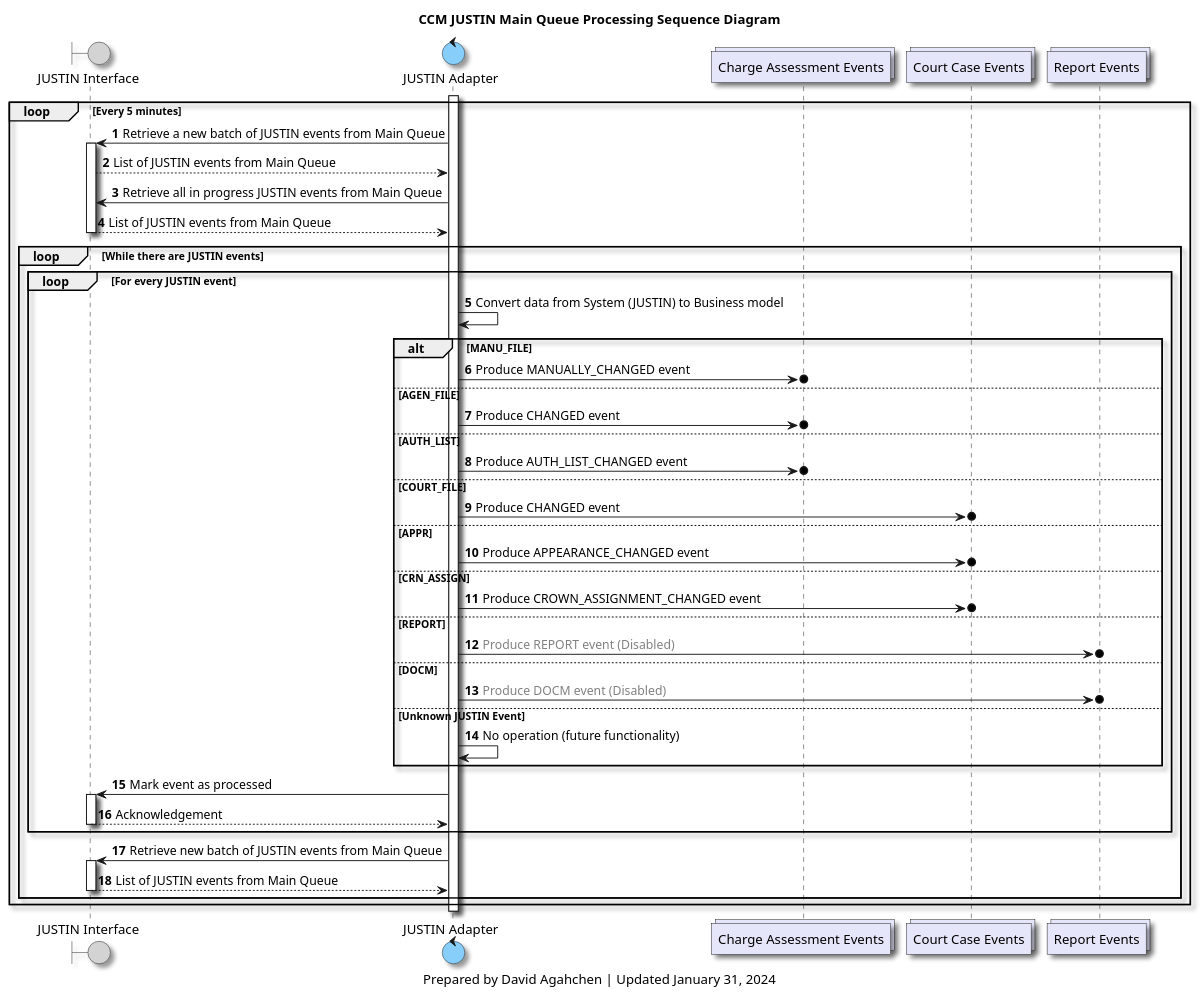
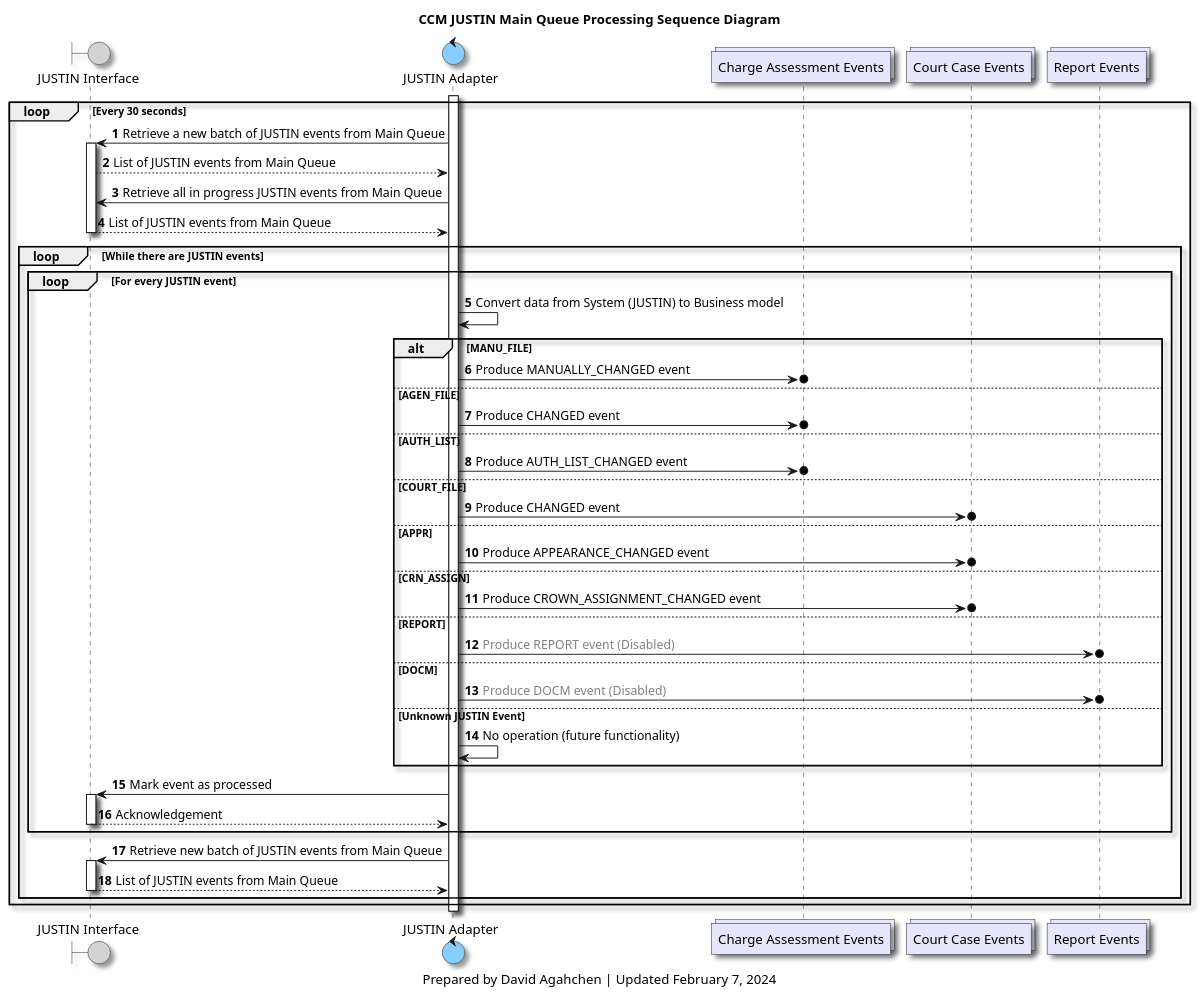
The diagram in diagrams/ccm_justin_main_queue_processing_sequence_diagram.plantuml (bcgov/jpss-jade-ccm), drawn with PlantUML before and after one commit. The commit also changed 5 other files, not shown here.

Commit message:
Update processing intervals and diagram dates

```diff
--- a/diagrams/ccm_justin_main_queue_processing_sequence_diagram.plantuml
+++ b/diagrams/ccm_justin_main_queue_processing_sequence_diagram.plantuml
@@ -1,76 +1,76 @@
 @startuml
 'hide footbox
 
 skinparam Shadowing true
 skinparam CollectionsBackgroundColor Lavender
 skinparam ControlBackgroundColor LightSkyBlue
 skinparam BoundaryBackgroundColor LightGrey
 
 /' 
 Available colours
 https://plantuml-documentation.readthedocs.io/en/latest/formatting/color-names.html
 '/
 
 boundary j_interface as "JUSTIN Interface"
 control j_adapter as "JUSTIN Adapter"
 collections charge_assessments_topic as "Charge Assessment Events"
 collections court_cases_topic as "Court Case Events"
 collections reports_topic as "Report Events"
 
 title
 CCM JUSTIN Main Queue Processing Sequence Diagram
 end title
 
 autonumber
 
 activate j_adapter
 
-loop Every 5 minutes
+loop Every 30 seconds
     j_adapter-> j_interface: Retrieve a new batch of JUSTIN events from Main Queue
     activate j_interface
     j_interface --> j_adapter: List of JUSTIN events from Main Queue
     j_adapter-> j_interface: Retrieve all in progress JUSTIN events from Main Queue
     j_interface --> j_adapter: List of JUSTIN events from Main Queue
     deactivate j_interface
 
     loop While there are JUSTIN events
         loop For every JUSTIN event
             j_adapter -> j_adapter: Convert data from System (JUSTIN) to Business model
             alt MANU_FILE
                 j_adapter ->o charge_assessments_topic: Produce MANUALLY_CHANGED event
             else AGEN_FILE
                 j_adapter ->o charge_assessments_topic: Produce CHANGED event
             else AUTH_LIST
                 j_adapter ->o charge_assessments_topic: Produce AUTH_LIST_CHANGED event
             else COURT_FILE
                 j_adapter ->o court_cases_topic: Produce CHANGED event
             else APPR
                 j_adapter ->o court_cases_topic: Produce APPEARANCE_CHANGED event
             else CRN_ASSIGN
                 j_adapter ->o court_cases_topic: Produce CROWN_ASSIGNMENT_CHANGED event
             else REPORT
                 j_adapter ->o reports_topic: <font color=grey>Produce REPORT event (Disabled)</font>
             else DOCM
                 j_adapter ->o reports_topic: <font color=grey>Produce DOCM event (Disabled)</font>
             else Unknown JUSTIN Event
                 j_adapter -> j_adapter: No operation (future functionality)
             end
             j_adapter -> j_interface: Mark event as processed
             activate j_interface
             j_interface --> j_adapter: Acknowledgement
             deactivate j_interface
         end
 
         j_adapter-> j_interface: Retrieve new batch of JUSTIN events from Main Queue
         activate j_interface
         j_interface --> j_adapter: List of JUSTIN events from Main Queue
         deactivate j_interface
     end
 end
 
 deactivate j_adapter
 
 caption
-Prepared by David Agahchen | Updated January 31, 2024
+Prepared by David Agahchen | Updated February 7, 2024
 end caption
 @enduml
```
